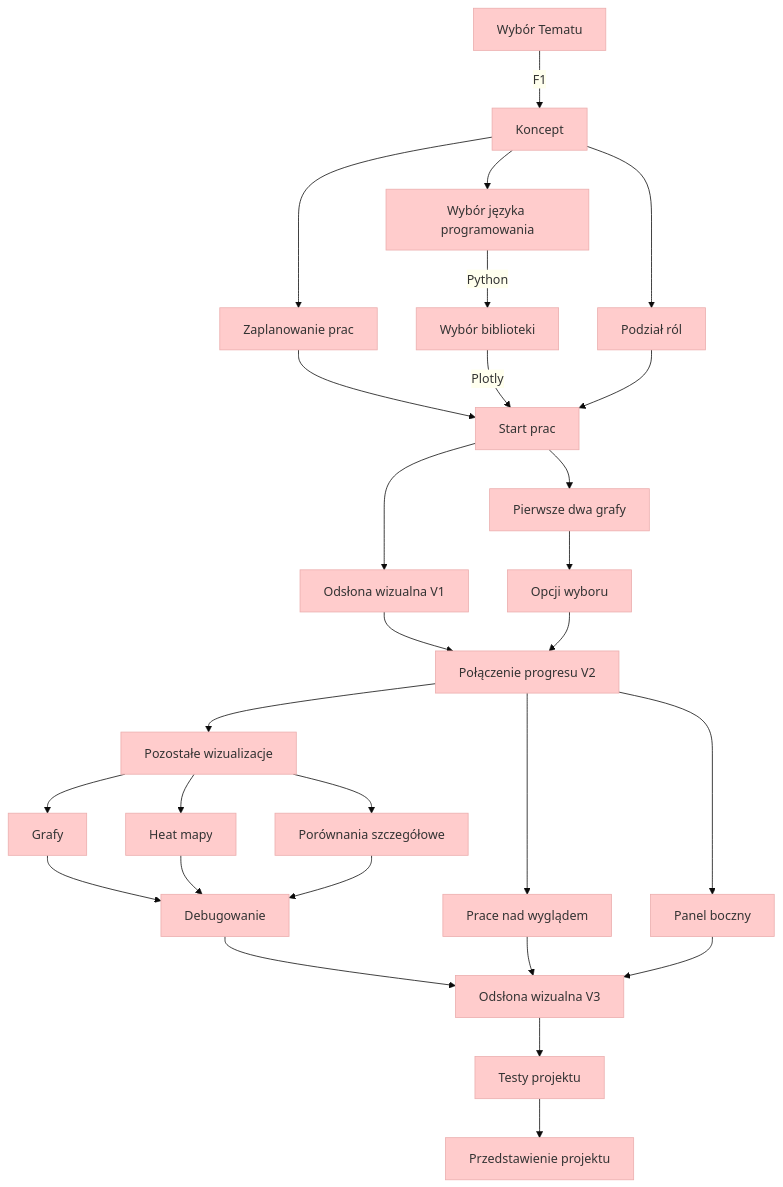
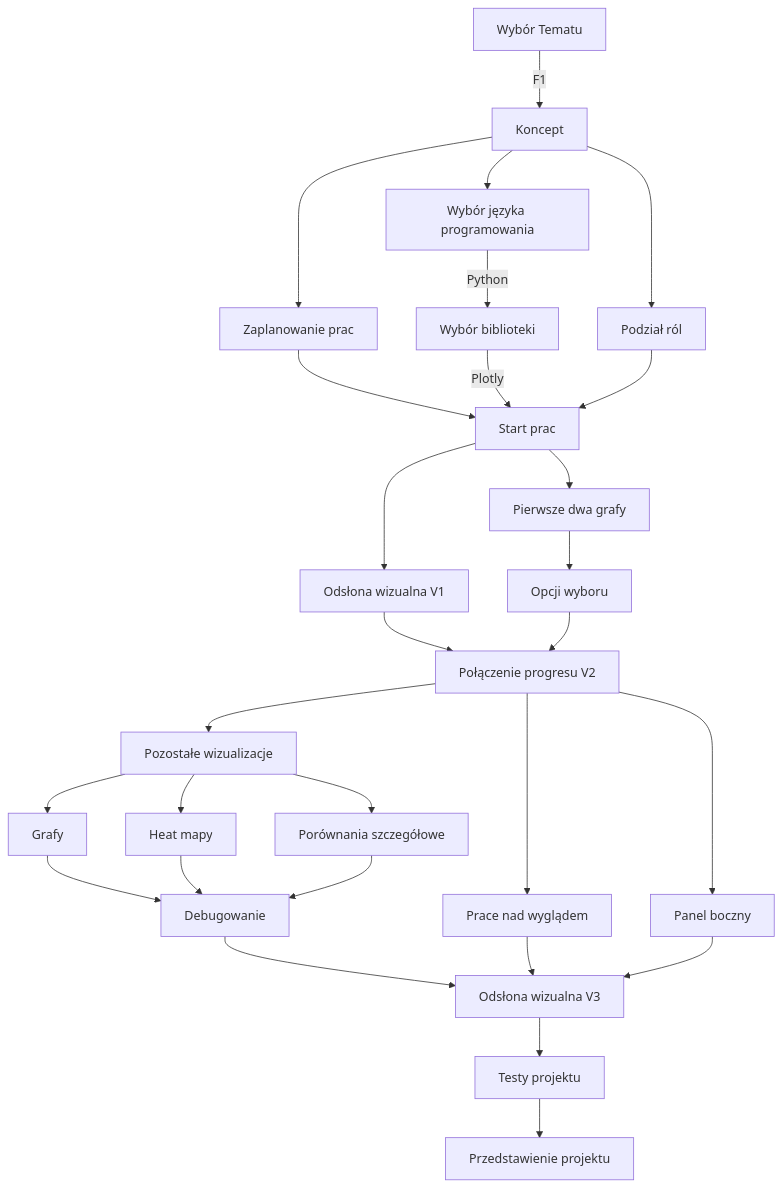
Before and after one commit to Tymiec/Formula_1_Visualized: the diagram in README.md, drawn with Mermaid. The commit also changed other lines of this file, not shown here.

Commit message:
zmieniono theme

````diff
--- a/README.md
+++ b/README.md
@@ -19,25 +19,25 @@
 ```mermaid
-%%{init: {'theme': 'base', 'themeVariables': { 'primaryColor': '#ffcccc', 'edgeLabelBackground':'#ffffee', 'tertiaryColor': '#fff0f0'}}}%%
+%%{init: {'theme': light 'base', 'themeVariables': { 'primaryColor': '#ffcccc', 'edgeLabelBackground':'#ffffee', 'tertiaryColor': '#fff0f0'}}}%%
 graph 
 Start1[Wybór Tematu] -- F1--> Koncept
 Koncept --> Wybor
 Koncept --> Podzial
 Koncept --> Plany[Zaplanowanie prac] --> Start_prac
 Wybor[Wybór języka programowania] -- Python --> Wybor2[Wybór biblioteki]-- Plotly -->Start_prac
 Podzial[Podział ról] --> Start_prac
 Start_prac[Start prac]
 Start_prac --> Graf[Pierwsze dwa grafy]
 Start_prac --> Strona[Odsłona wizualna V1] --> Merge
 Graf --> Przyciski[Opcji wyboru] --> Merge
 Merge[Połączenie progresu V2]
 Merge --> Grafy_dodanie[Pozostałe wizualizacje]
 Grafy_dodanie --> Grafiki[Grafy]--> Debugowanie
 Grafy_dodanie --> Heatmapy[Heat mapy]--> Debugowanie
 Grafy_dodanie --> Porownania[Porównania szczegółowe]--> Debugowanie
 Debugowanie --> Merge2
 Merge --> Wiz2[Prace nad wyglądem] --> Merge2
 Merge --> PBoczny[Panel boczny] --> Merge2
 Merge2[Odsłona wizualna V3]
 Merge2 --> Testy[Testy projektu]
 Testy --> Finish[Przedstawienie projektu]
 ```
````
